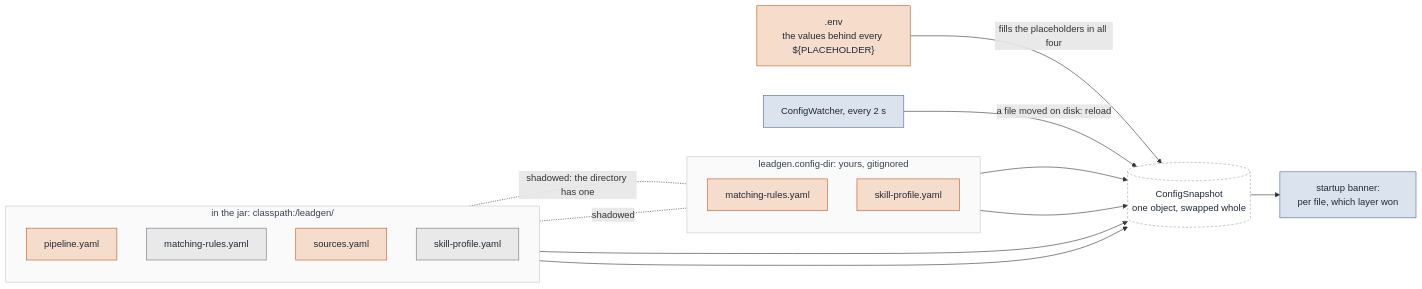
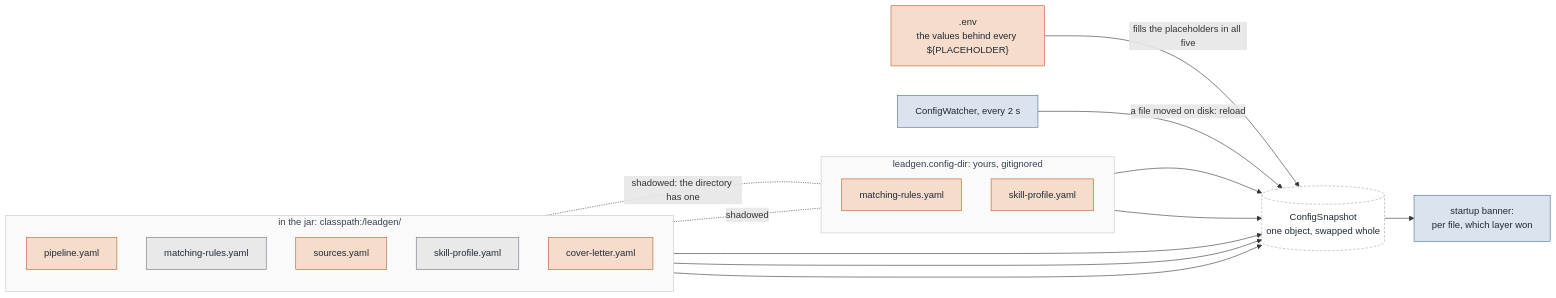
The diagram in docs/CONFIGURATION.md (codeministry/leadgen), drawn with Mermaid before and after one commit. The commit also changed other lines of this file and 58 other files, not shown here.

````diff
--- a/docs/CONFIGURATION.md
+++ b/docs/CONFIGURATION.md
@@ -38,39 +39,41 @@
 ```mermaid
 %%{init: {"themeVariables": {"clusterBkg":"#fafafa","clusterBorder":"#c3c8cf","titleColor":"#374151","mainBkg":"#eef1f5","nodeBorder":"#9aa3ad","primaryTextColor":"#1f2937"}}}%%
 flowchart LR
     classDef file fill:#f6dccb,stroke:#b85c2a,color:#1f2937
     classDef gone fill:#e9e9e9,stroke:#6b7280,color:#1f2937
     classDef free fill:#dbe4ee,stroke:#4a6d8c,color:#1f2937
     classDef row fill:#ffffff,stroke:#9aa3ad,color:#1f2937,stroke-dasharray:4 3
     classDef zone fill:#fafafa,stroke:#c3c8cf,color:#374151
 
     subgraph jar["in the jar: classpath:/leadgen/"]
         direction TB
         j1["pipeline.yaml"]
         j2["matching-rules.yaml"]
         j3["sources.yaml"]
         j4["skill-profile.yaml"]
+        j5["cover-letter.yaml"]
     end
     subgraph dir["leadgen.config-dir: yours, gitignored"]
         direction TB
         d2["matching-rules.yaml"]
         d4["skill-profile.yaml"]
     end
     env[".env<br/>the values behind every ${PLACEHOLDER}"]
     snap[("ConfigSnapshot<br/>one object, swapped whole")]
     j1 --> snap
     j3 --> snap
+    j5 --> snap
     d2 --> snap
     d4 --> snap
     j2 -. "shadowed: the directory has one" .- d2
     j4 -. "shadowed" .- d4
-    env -- "fills the placeholders in all four" --> snap
+    env -- "fills the placeholders in all five" --> snap
     snap --> banner["startup banner:<br/>per file, which layer won"]
     watcher["ConfigWatcher, every 2 s"] -- "a file moved on disk: reload" --> snap
 
-    class j1,j3,d2,d4,env file
+    class j1,j3,j5,d2,d4,env file
     class j2,j4 gone
     class banner,watcher free
     class snap row
     class jar,dir zone
 ```
````
